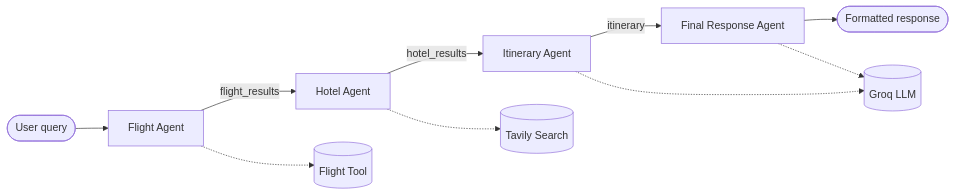
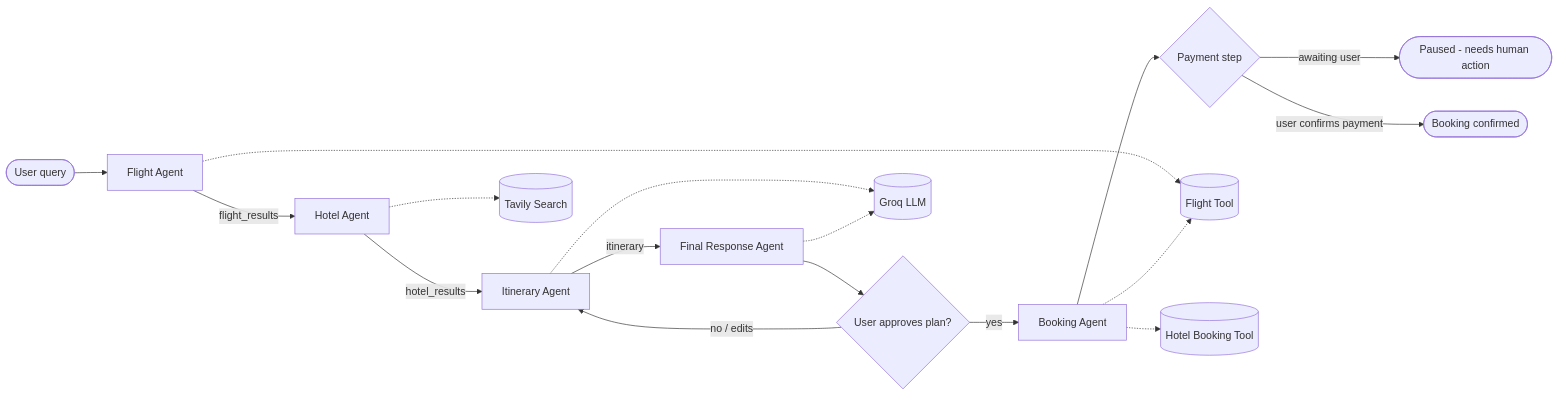
One commit to akkiyolo/Tripora changed the diagram in README.md. Above: the diagram before and after it, drawn with Mermaid. The commit also changed other lines of this file, not shown here.

````diff
--- a/README.md
+++ b/README.md
@@ -15,13 +15,20 @@
 ```mermaid
 graph LR
     START([User query]) --> FA[Flight Agent]
     FA -->|flight_results| HA[Hotel Agent]
     HA -->|hotel_results| IA[Itinerary Agent]
     IA -->|itinerary| FN[Final Response Agent]
-    FN --> END([Formatted response])
+    FN --> APPROVE{User approves plan?}
+    APPROVE -->|yes| BA[Booking Agent]
+    APPROVE -->|no / edits| IA
+    BA --> PAY{Payment step}
+    PAY -->|awaiting user| HOLD([Paused - needs human action])
+    PAY -->|user confirms payment| END([Booking confirmed])
 
     FA -.-> FT[(Flight Tool)]
     HA -.-> TT[(Tavily Search)]
     IA -.-> LLM[(Groq LLM)]
     FN -.-> LLM
+    BA -.-> FT
+    BA -.-> HT[(Hotel Booking Tool)]
 ```
````
